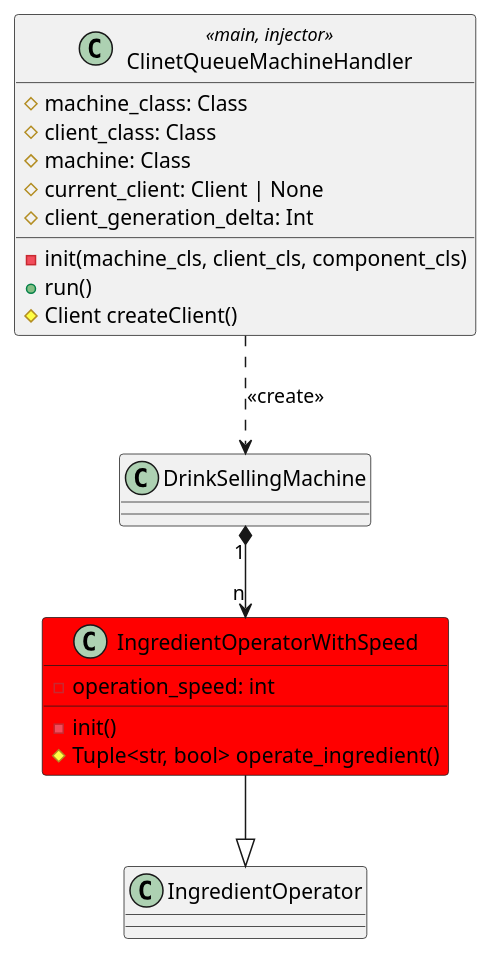
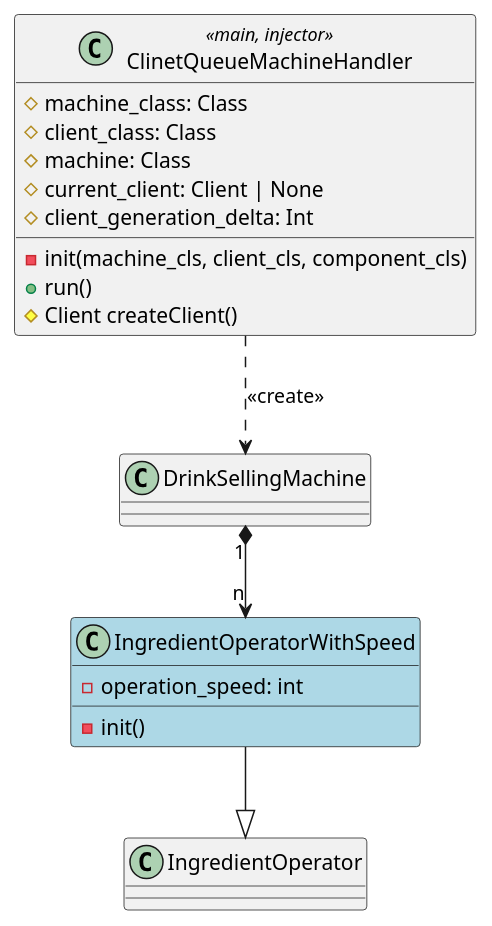
One commit to alexglekov/ppvis-glekov-drinks-selling-machine-uml changed the diagram in ext1/ext1.puml. Above: the diagram before and after it, drawn with PlantUML. The commit also changed 1 other file, not shown here.

Commit message:
client: Fix UML 1-st ext

```diff
--- a/ext1/ext1.puml
+++ b/ext1/ext1.puml
@@ -1,31 +1,30 @@
 @startuml ext1
 
 class ClinetQueueMachineHandler <<main, injector>> {
   # machine_class: Class
   # client_class: Class
   # machine: Class
   # current_client: Client | None
   # client_generation_delta: Int
 
   - init(machine_cls, client_cls, component_cls)
   + run()
   # Client createClient()
 }
 
 class DrinkSellingMachine
 class IngredientOperator
 
 ClinetQueueMachineHandler ..> DrinkSellingMachine: <<create>>
 
-class IngredientOperatorWithSpeed #red {
+class IngredientOperatorWithSpeed #lightblue {
   -operation_speed: int
 
   - init()
-  # Tuple<str, bool> operate_ingredient()
 }
 
 DrinkSellingMachine "1" *--> "n" IngredientOperatorWithSpeed
 IngredientOperatorWithSpeed --|> IngredientOperator
 
 
 @enduml
```
